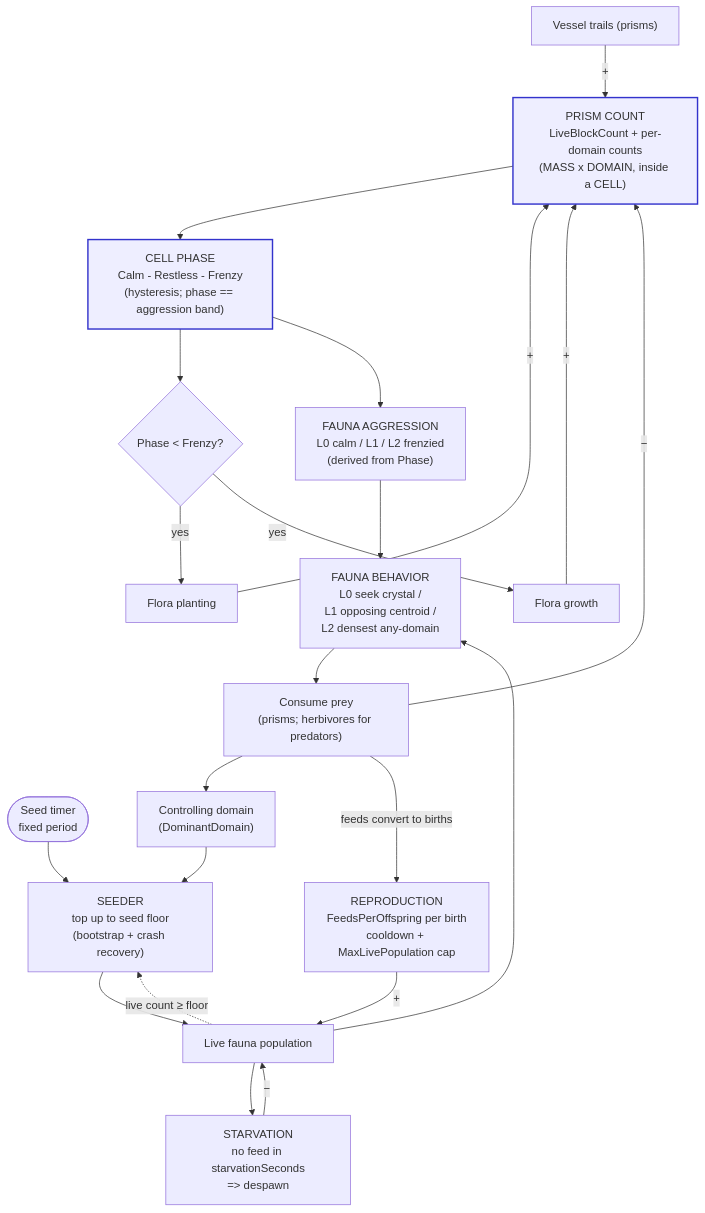
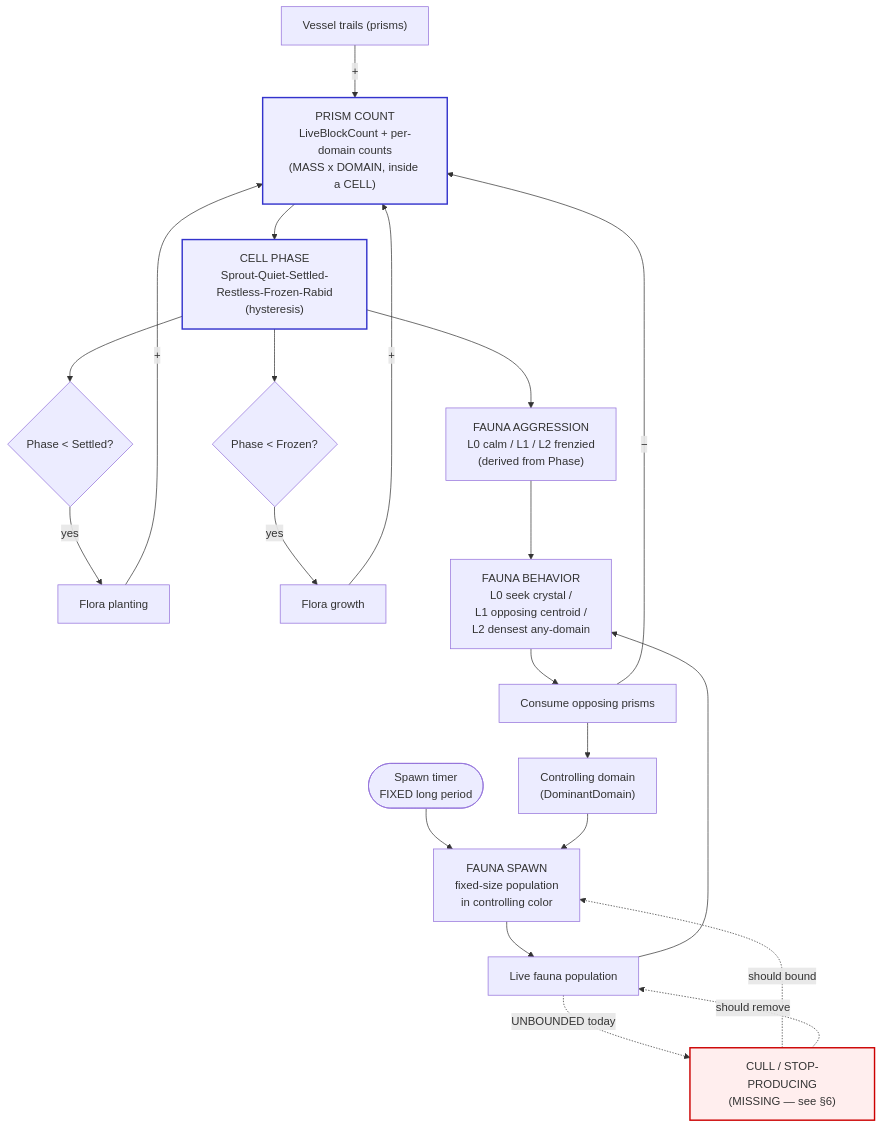
One commit to froglet-studio/Cosmic-Shore changed the first of 2 diagrams in Docs/ECOSYSTEM.md. Above: the diagram before and after it, drawn with Mermaid. The commit also changed other lines of this file and 127 other files, not shown here.

````diff
--- a/Docs/ECOSYSTEM.md
+++ b/Docs/ECOSYSTEM.md
@@ -117,39 +73,40 @@
 ```mermaid
 flowchart TD
     TRAIL["Vessel trails (prisms)"] -->|+| COUNT
     FPLANT["Flora planting"] -->|+| COUNT
     FGROW["Flora growth"] -->|+| COUNT
 
     COUNT["PRISM COUNT<br/>LiveBlockCount + per-domain counts<br/>(MASS x DOMAIN, inside a CELL)"]
-    COUNT --> PHASE["CELL PHASE<br/>Calm - Restless - Frenzy<br/>(hysteresis; phase == aggression band)"]
+    COUNT --> PHASE["CELL PHASE<br/>Sprout-Quiet-Settled-Restless-Frozen-Rabid<br/>(hysteresis)"]
 
-    %% Flora grow + plant at a steady rate until Frenzy (ONE gate, no self-limit)
-    PHASE --> GGROW{"Phase &lt; Frenzy?"}
-    GGROW -->|yes| FPLANT
+    %% Flora is self-limiting via phase gates (negative feedback)
+    PHASE --> GPLANT{"Phase &lt; Settled?"}
+    GPLANT -->|yes| FPLANT
+    PHASE --> GGROW{"Phase &lt; Frozen?"}
     GGROW -->|yes| FGROW
 
     %% Aggression is the ONLY thing prism count feeds into fauna (per redesign)
     PHASE --> AGGRO["FAUNA AGGRESSION<br/>L0 calm / L1 / L2 frenzied<br/>(derived from Phase)"]
 
-    %% The seeder only tops the species up to its seed floor (bootstrap/recovery)
-    TIMER(["Seed timer<br/>fixed period"]) --> SEED
-    DOM["Controlling domain<br/>(DominantDomain)"] --> SEED
-    SEED["SEEDER<br/>top up to seed floor<br/>(bootstrap + crash recovery)"]
+    %% Fauna spawn is timer-driven, fixed period + fixed population
+    TIMER(["Spawn timer<br/>FIXED long period"]) --> SPAWN
+    DOM["Controlling domain<br/>(DominantDomain)"] --> SPAWN
+    SPAWN["FAUNA SPAWN<br/>fixed-size population<br/>in controlling color"]
 
-    SEED --> POP["Live fauna population"]
+    SPAWN --> POP["Live fauna population"]
     AGGRO --> BEHAVE
     POP --> BEHAVE["FAUNA BEHAVIOR<br/>L0 seek crystal /<br/>L1 opposing centroid /<br/>L2 densest any-domain"]
-    BEHAVE --> CONSUME["Consume prey<br/>(prisms; herbivores for predators)"]
+    BEHAVE --> CONSUME["Consume opposing prisms"]
     CONSUME -->|−| COUNT
     CONSUME --> DOM
 
-    %% Population control — the food web closes the loop both ways
-    CONSUME -->|feeds convert to births| REPRO["REPRODUCTION<br/>FeedsPerOffspring per birth<br/>cooldown + MaxLivePopulation cap"]
-    REPRO -->|+| POP
-    POP --> STARVE["STARVATION<br/>no feed in starvationSeconds<br/>=> despawn"]
-    STARVE -->|−| POP
-    POP -.->|live count ≥ floor| SEED
+    %% The missing negative feedback on population
+    POP -.->|UNBOUNDED today| CULL["CULL / STOP-PRODUCING<br/>(MISSING — see §6)"]
+    CULL -.->|should bound| SPAWN
+    CULL -.->|should remove| POP
 
+    classDef missing fill:#fee,stroke:#c00,stroke-width:2px;
     classDef state fill:#eef,stroke:#33c,stroke-width:2px;
+    class CULL missing;
     class COUNT,PHASE state;
 ```
````
